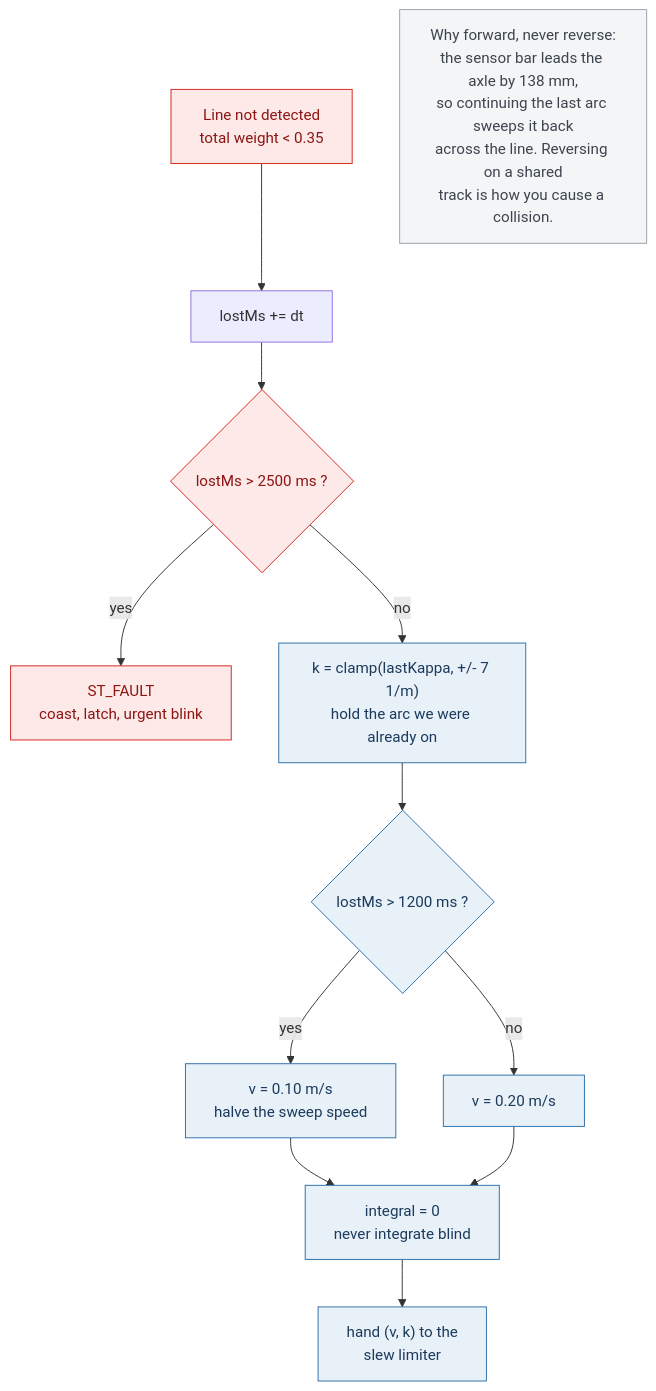
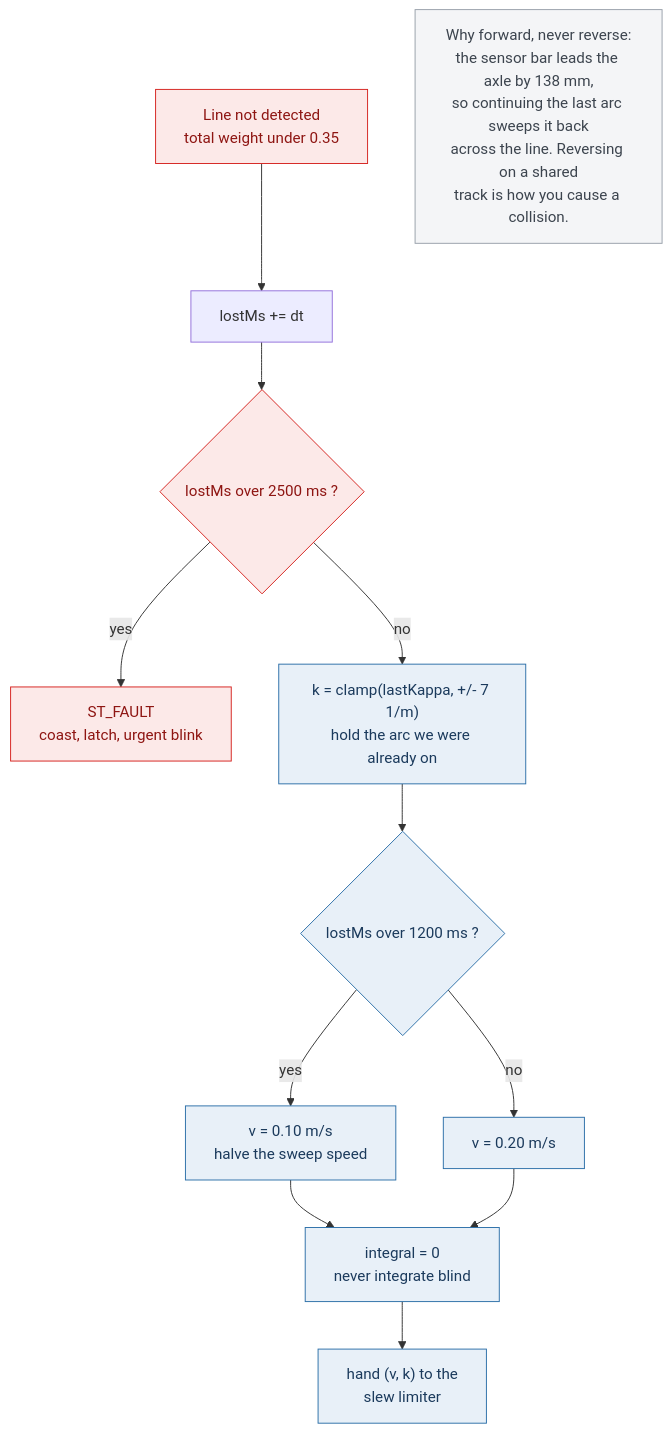
One commit to chris-lukanga/roborumble changed the diagram in Folder A/flowcharts/04_line_loss_recovery.mmd. Above: the diagram before and after it, drawn with Mermaid.

Commit message:
Update flowchart labels for clarity

```diff
--- a/Folder A/flowcharts/04_line_loss_recovery.mmd
+++ b/Folder A/flowcharts/04_line_loss_recovery.mmd
@@ -1,20 +1,20 @@
 flowchart TD
-  A["Line not detected<br/>total weight < 0.35"] --> B["lostMs += dt"]
-  B --> C{"lostMs > 2500 ms ?"}
+  A["Line not detected<br/>total weight under 0.35"] --> B["lostMs += dt"]
+  B --> C{"lostMs over 2500 ms ?"}
   C -->|yes| D["ST_FAULT<br/>coast, latch, urgent blink"]
   C -->|no| E["k = clamp(lastKappa, +/- 7 1/m)<br/>hold the arc we were already on"]
-  E --> F{"lostMs > 1200 ms ?"}
+  E --> F{"lostMs over 1200 ms ?"}
   F -->|yes| G["v = 0.10 m/s<br/>halve the sweep speed"]
   F -->|no| H["v = 0.20 m/s"]
   G --> I["integral = 0<br/>never integrate blind"]
   H --> I
   I --> J["hand (v, k) to the<br/>slew limiter"]
 
   K["Why forward, never reverse:<br/>the sensor bar leads the axle by 138 mm,<br/>so continuing the last arc sweeps it back<br/>across the line. Reversing on a shared<br/>track is how you cause a collision."]
 
   classDef bad fill:#FCE9E8,stroke:#D5231F,color:#8E1512
   classDef ok fill:#E8F0F8,stroke:#2C6FA8,color:#1B3A5C
   classDef note fill:#F4F5F7,stroke:#98A0AA,color:#3C444E
   class A,C,D bad
   class E,F,G,H,I,J ok
   class K note
```
